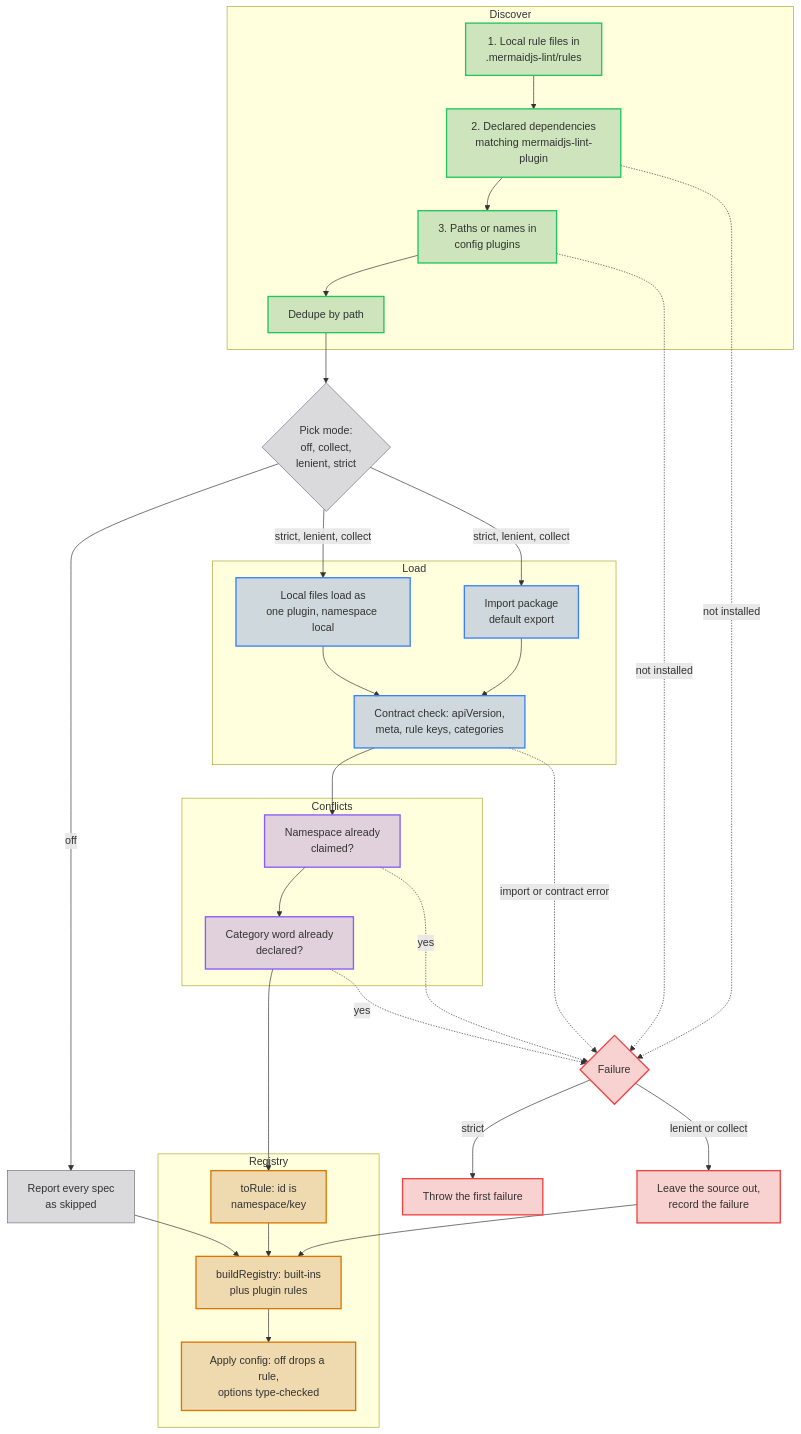
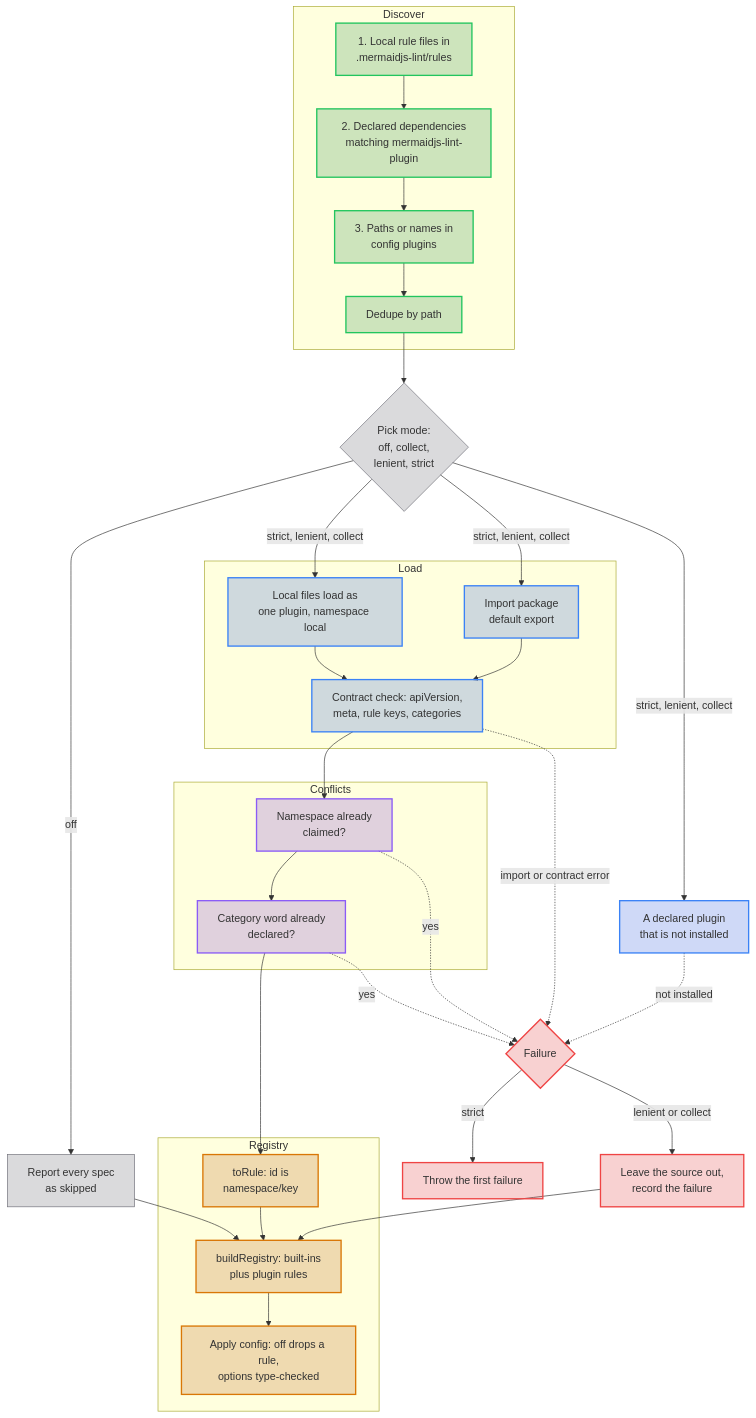
Before and after one commit to jpeakai/jpai-mermaidjs-lint: the diagram in docs-site/diagrams/plugin-loading-detail.md, drawn with Mermaid. The commit also changed 66 other files, not shown here.

First line of the commit message:
Round 3: types, raw-diagram verification, safer recipes, upgrade notes

````diff
--- a/docs-site/diagrams/plugin-loading-detail.md
+++ b/docs-site/diagrams/plugin-loading-detail.md
@@ -1,56 +1,56 @@
 ```mermaid
 flowchart TB
     PM{"Pick mode:<br/>off, collect,<br/>lenient, strict"}
     subgraph Discover
         D1["1. Local rule files in<br/>.mermaidjs-lint/rules"]
         D2["2. Declared dependencies<br/>matching mermaidjs-lint-plugin"]
         D3["3. Paths or names in<br/>config plugins"]
         DD["Dedupe by path"]
     end
     subgraph Load
         LL["Local files load as<br/>one plugin, namespace local"]
         LP["Import package<br/>default export"]
         CC["Contract check: apiVersion,<br/>meta, rule keys, categories"]
     end
     subgraph Conflicts
         NS["Namespace already<br/>claimed?"]
         CW["Category word already<br/>declared?"]
     end
     subgraph Registry
         TR["toRule: id is<br/>namespace/key"]
         BR["buildRegistry: built-ins<br/>plus plugin rules"]
         AC["Apply config: off drops a rule,<br/>options type-checked"]
     end
     F{"Failure"}
     X["Throw the first failure"]
     S["Leave the source out,<br/>record the failure"]
     K["Report every spec<br/>as skipped"]
 
     D1 --> D2 --> D3 --> DD --> PM
     PM -->|off| K
     K --> BR
     PM -->|"strict, lenient, collect"| LL --> CC
     PM -->|"strict, lenient, collect"| LP --> CC
     CC --> NS --> CW --> TR --> BR --> AC
-    D2 -. "not installed" .-> F
-    D3 -. "not installed" .-> F
+    PM -->|"strict, lenient, collect"| NI["A declared plugin<br/>that is not installed"]
+    NI -. "not installed" .-> F
     CC -. "import or contract error" .-> F
     NS -. "yes" .-> F
     CW -. "yes" .-> F
     F -->|strict| X
     F -->|"lenient or collect"| S
     S --> BR
 
     classDef discoverTint fill:#15803d36,stroke:#22c55e,stroke-width:2px
     classDef loadTint fill:#1d4ed836,stroke:#3b82f6,stroke-width:2px
     classDef conflictTint fill:#6d28d936,stroke:#8b5cf6,stroke-width:2px
     classDef registryTint fill:#b4530936,stroke:#d97706,stroke-width:2px
     classDef failTint fill:#dc262636,stroke:#ef4444,stroke-width:2px
     classDef modeTint fill:#52525b36,stroke:#71717a,stroke-width:1px
     class D1,D2,D3,DD discoverTint
-    class LL,LP,CC loadTint
+    class LL,LP,CC,NI loadTint
     class NS,CW conflictTint
     class TR,BR,AC registryTint
     class F,X,S failTint
     class PM,K modeTint
 ```
````
